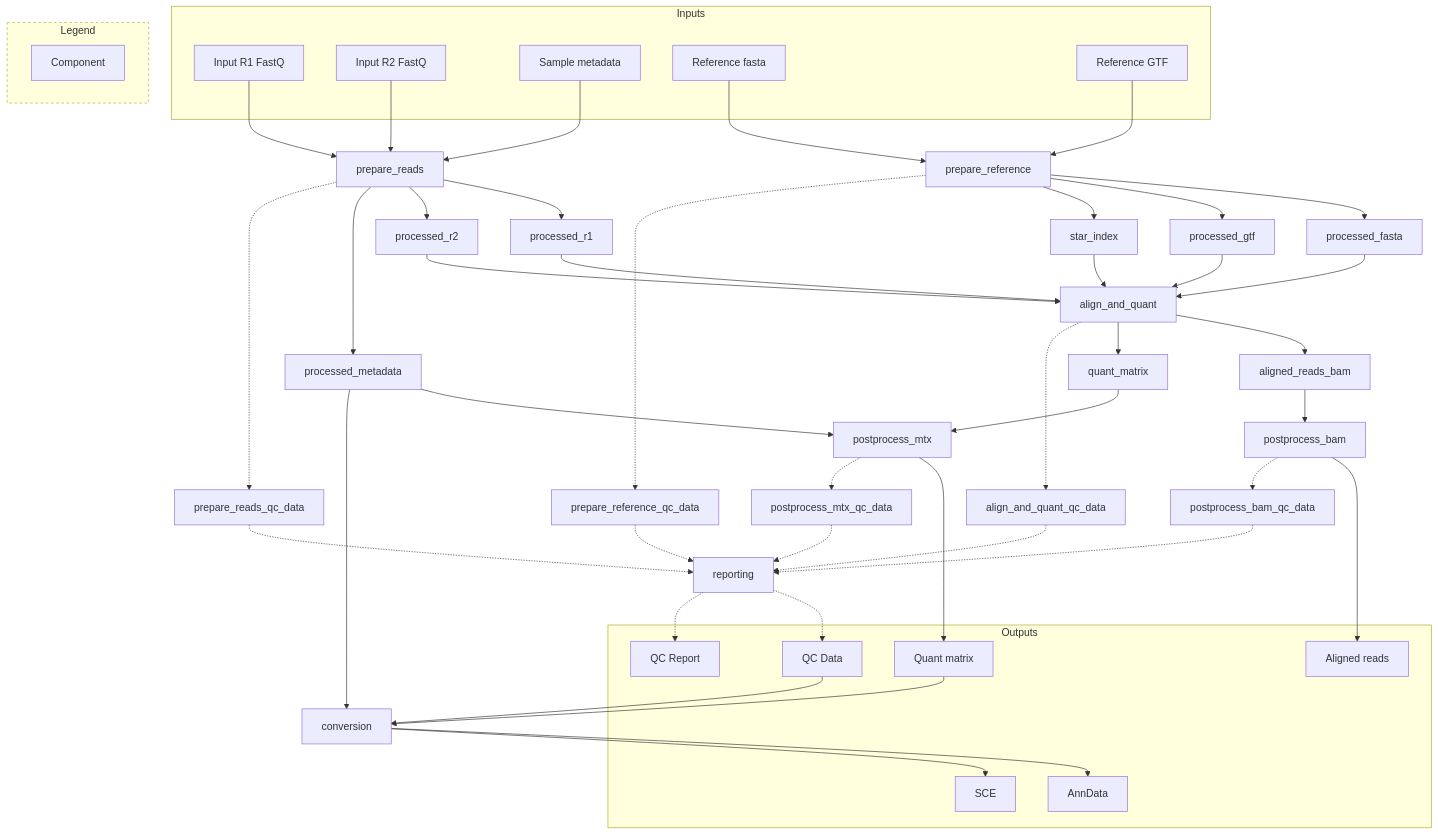
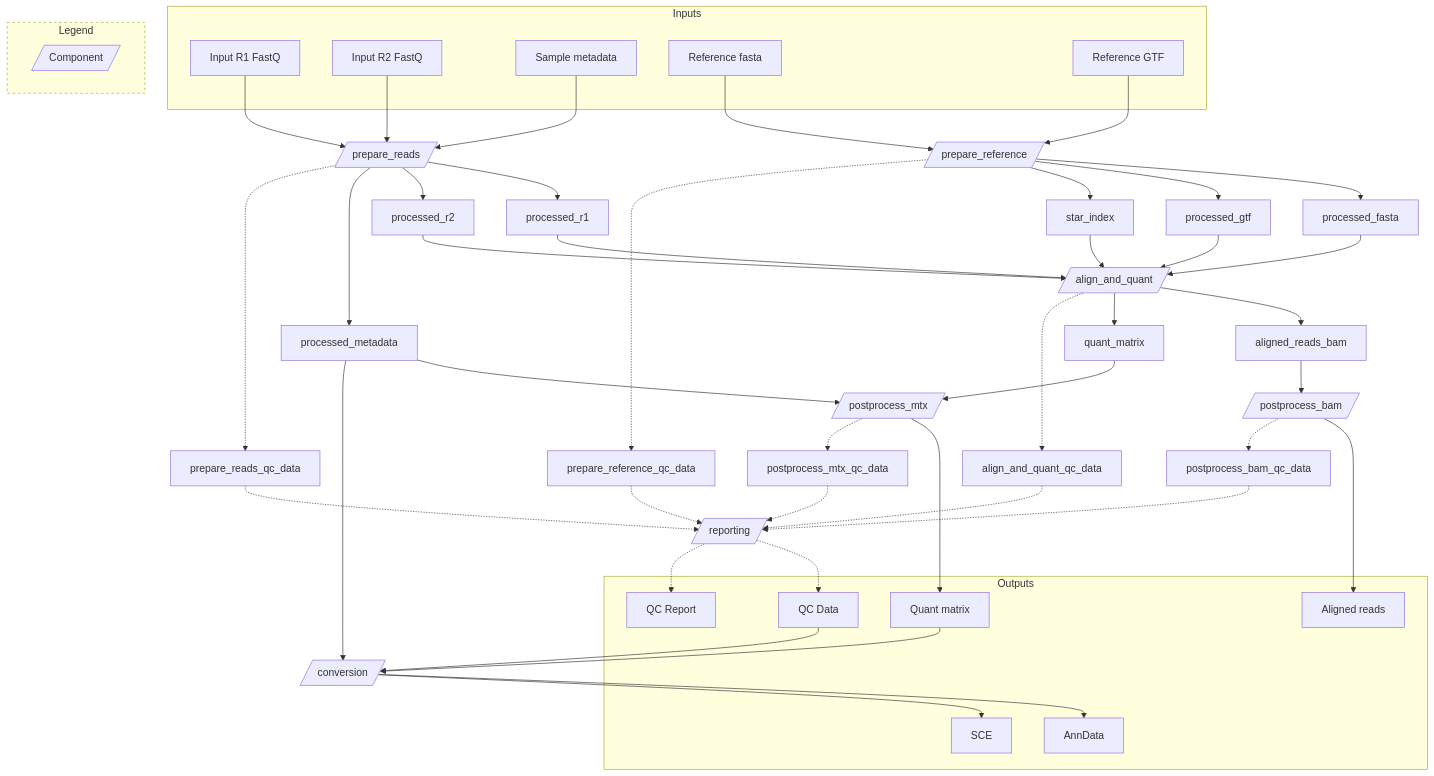
Before and after one commit to viash-hub/rnaseq: the second of 3 diagrams in README.qmd, drawn with Mermaid. The commit also changed other lines of this file and 1 other file, not shown here.

Commit message:
change component shape

````diff
--- a/README.qmd
+++ b/README.qmd
@@ -65,58 +65,58 @@
 ```{mermaid}
 flowchart TB
 
   subgraph inputs[Inputs]
     input_r1[Input R1 FastQ]
     input_r2[Input R2 FastQ]
     sample_metadata[Sample metadata]
     reference_fasta[Reference fasta]
     reference_gtf[Reference GTF]
   end
   inputs:::io
 
   input_r1 & input_r2 & sample_metadata --> prepare_reads --> processed_r1 & processed_r2 & processed_metadata
-  prepare_reads:::comp
+  prepare_reads[/prepare_reads/]:::comp
 
   prepare_reads -.-> prepare_reads_qc_data
 
   reference_fasta & reference_gtf --> prepare_reference --> processed_fasta & processed_gtf & star_index
-  prepare_reference:::comp
+  prepare_reference[/prepare_reference/]:::comp
 
   prepare_reference -.-> prepare_reference_qc_data
 
   processed_r1 & processed_r2 & star_index & processed_fasta & processed_gtf --> align_and_quant --> aligned_reads_bam & quant_matrix
-  align_and_quant:::comp
+  align_and_quant[/align_and_quant/]:::comp
   align_and_quant -.-> align_and_quant_qc_data
 
   aligned_reads_bam --> postprocess_bam --> output_aligned_reads_bam
-  postprocess_bam:::comp
+  postprocess_bam[/postprocess_bam/]:::comp
   postprocess_bam -.-> postprocess_bam_qc_data
 
   quant_matrix & processed_metadata --> postprocess_mtx --> output_quant_matrix
-  postprocess_mtx:::comp
+  postprocess_mtx[/postprocess_mtx/]:::comp
   postprocess_mtx -.-> postprocess_mtx_qc_data
 
   prepare_reads_qc_data & prepare_reference_qc_data & align_and_quant_qc_data & postprocess_bam_qc_data & postprocess_mtx_qc_data -.-> reporting -.-> output_combined_qc_data & output_combined_qc_report
-  reporting:::comp
+  reporting[/reporting/]:::comp
 
   processed_metadata & output_quant_matrix & output_combined_qc_data --> conversion --> output_anndata & output_sce
-  conversion:::comp
+  conversion[/conversion/]:::comp
 
   subgraph outputs[Outputs]
     output_aligned_reads_bam[Aligned reads]
     output_quant_matrix[Quant matrix]
     output_combined_qc_data[QC Data]
     output_combined_qc_report[QC Report]
     output_anndata[AnnData]
     output_sce[SCE]
   end
   outputs:::io
 
   subgraph legend[Legend]
-    comp[Component]:::comp
+    comp[/Component/]:::comp
   end
   legend:::info
 
 
   classDef info stroke-dasharray: 4 4
 ```
````
